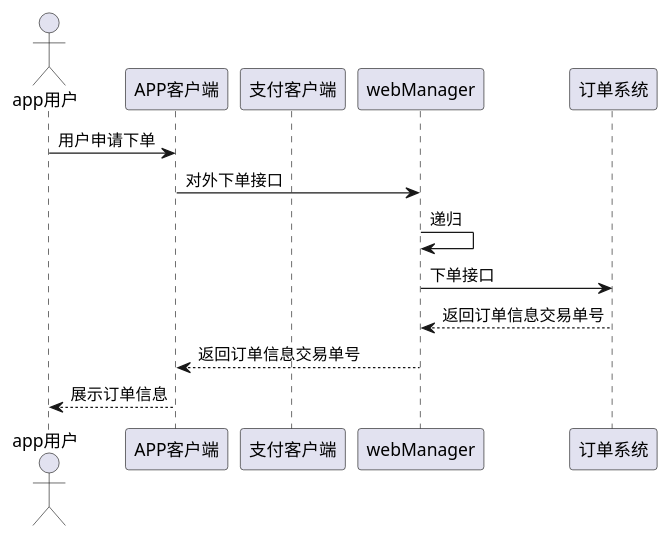
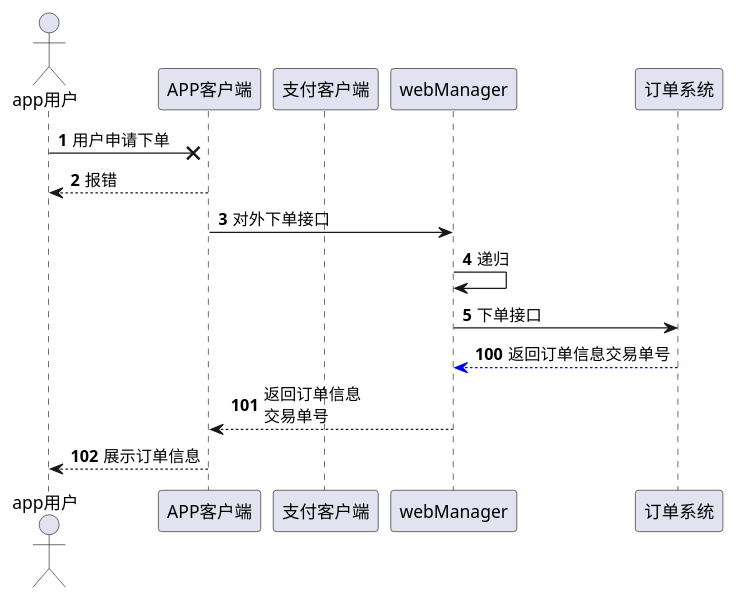
One commit to Wang-GX/demo changed the diagram in src/main/java/com/example/demo/时序图Plantuml/时序图测试.puml. Above: the diagram before and after it, drawn with PlantUML.

Commit message:
plantuml时序图

```diff
--- a/src/main/java/com/example/demo/时序图Plantuml/时序图测试.puml
+++ b/src/main/java/com/example/demo/时序图Plantuml/时序图测试.puml
@@ -1,23 +1,34 @@
 @startuml
+
+/'
+    参考：http://plantuml.com/zh/sequence-diagram
+'/
 
 '声明用户:
 actor app用户
 
 '声明服务，数值越大，距离越远:
 participant APP客户端 order 10
 participant 支付客户端 order 30
 participant webManager order 50
 participant 订单系统 order 70
 
 '声明调用关系:
-app用户 -> APP客户端 : 用户申请下单
+'x代表错误
+'可以标识序号，默认从1开始
+autonumber
+app用户 ->x APP客户端 : 用户申请下单
+APP客户端 -->app用户 : 报错
 APP客户端 ->webManager : 对外下单接口
 '指向自己，代表调用自身
 webManager -> webManager : 递归
 webManager ->订单系统 : 下单接口
 '可以使用实线，也可以使用虚线
-订单系统 -->webManager : 返回订单信息交易单号
-webManager -->APP客户端 : 返回订单信息交易单号
+'\n进行换行
+'可以设置颜色
+autonumber 100
+订单系统 -[#blue]->webManager : 返回订单信息交易单号
+webManager -->APP客户端 : 返回订单信息\n交易单号
 APP客户端 -->app用户 : 展示订单信息
 
 @enduml
```
